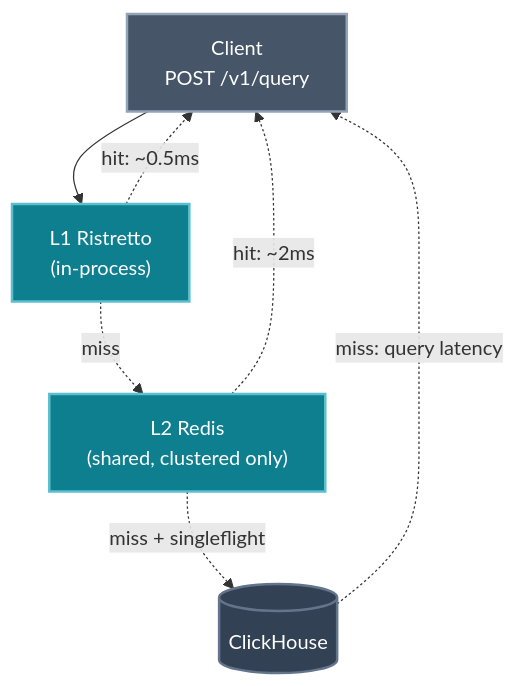
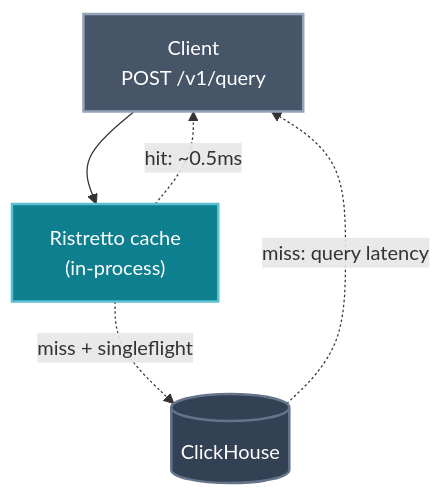
The sixth of 6 diagrams in docs/why-wavehouse.md (Wave-RF/WaveHouse), drawn with Mermaid before and after one commit. The commit also changed other lines of this file and 8 other files, not shown here.

First line of the commit message:
docs: drop clustered/multi-binary framing, ship as single-binary only

````diff
--- a/docs/why-wavehouse.md
+++ b/docs/why-wavehouse.md
@@ -241,14 +240,12 @@
 ```mermaid
 flowchart TB
     classDef client fill:#475569,stroke:#94a3b8,color:#fff,stroke-width:2px
     classDef wh fill:#0e7f8f,stroke:#5bbfcf,color:#fff,stroke-width:2px
     classDef store fill:#334155,stroke:#64748b,color:#fff,stroke-width:2px
 
     Q["Client<br/>POST /v1/query"]:::client
-    Q --> L1["L1 Ristretto<br/>(in-process)"]:::wh
-    L1 -. "miss" .-> L2["L2 Redis<br/>(shared, clustered only)"]:::wh
-    L2 -. "miss + singleflight" .-> CH[("ClickHouse")]:::store
+    Q --> L1["Ristretto cache<br/>(in-process)"]:::wh
+    L1 -. "miss + singleflight" .-> CH[("ClickHouse")]:::store
     L1 -. "hit: ~0.5ms" .-> Q
-    L2 -. "hit: ~2ms" .-> Q
     CH -. "miss: query latency" .-> Q
 ```
````
